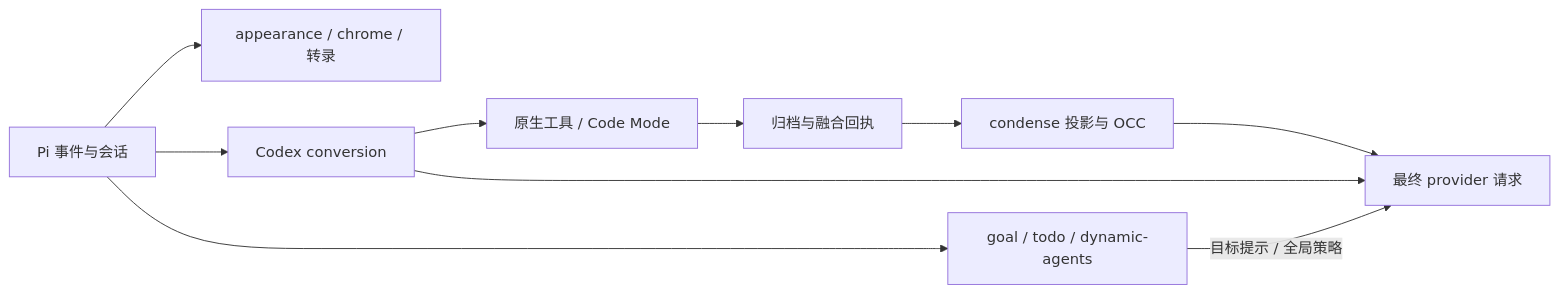
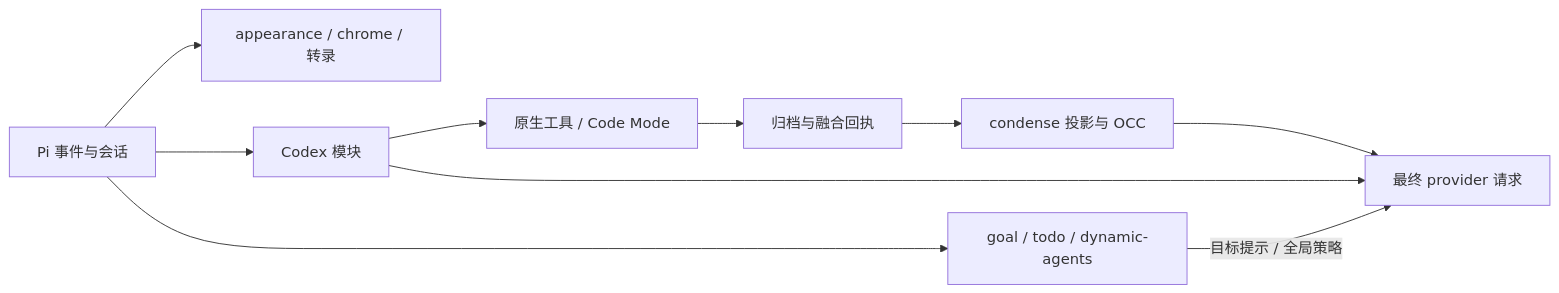
One commit to Rycen7822/metis-pi changed the diagram in docs/architecture.md. Above: the diagram before and after it, drawn with Mermaid. The commit also changed other lines of this file and 508 other files, not shown here.

````diff
--- a/docs/architecture.md
+++ b/docs/architecture.md
@@ -40,12 +40,12 @@
 ```mermaid
 flowchart LR
     Pi[Pi 事件与会话] --> Display[appearance / chrome / 转录]
     Pi --> Features[goal / todo / dynamic-agents]
-    Pi --> Conversion[Codex conversion]
+    Pi --> Conversion[Codex 模块]
     Conversion --> Execution[原生工具 / Code Mode]
     Execution --> Archive[归档与融合回执]
     Archive --> Condense[condense 投影与 OCC]
     Condense --> Request[最终 provider 请求]
     Conversion --> Request
     Features -->|目标提示 / 全局策略| Request
 ```
````
